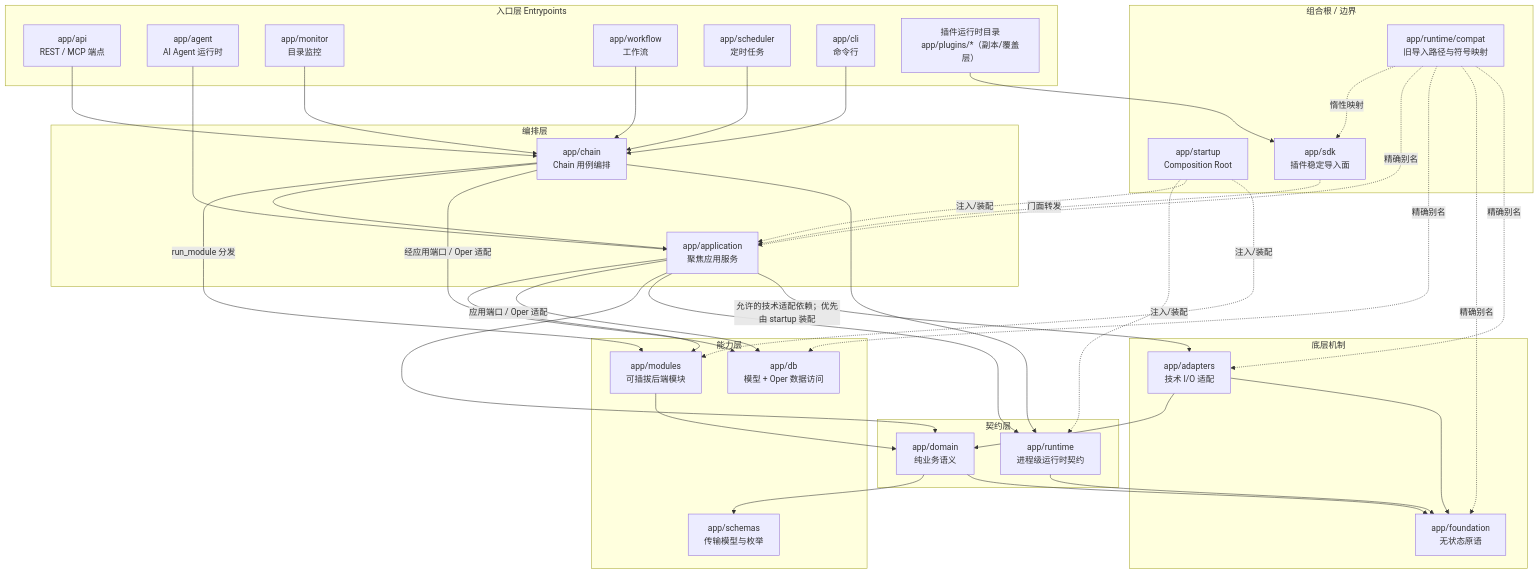
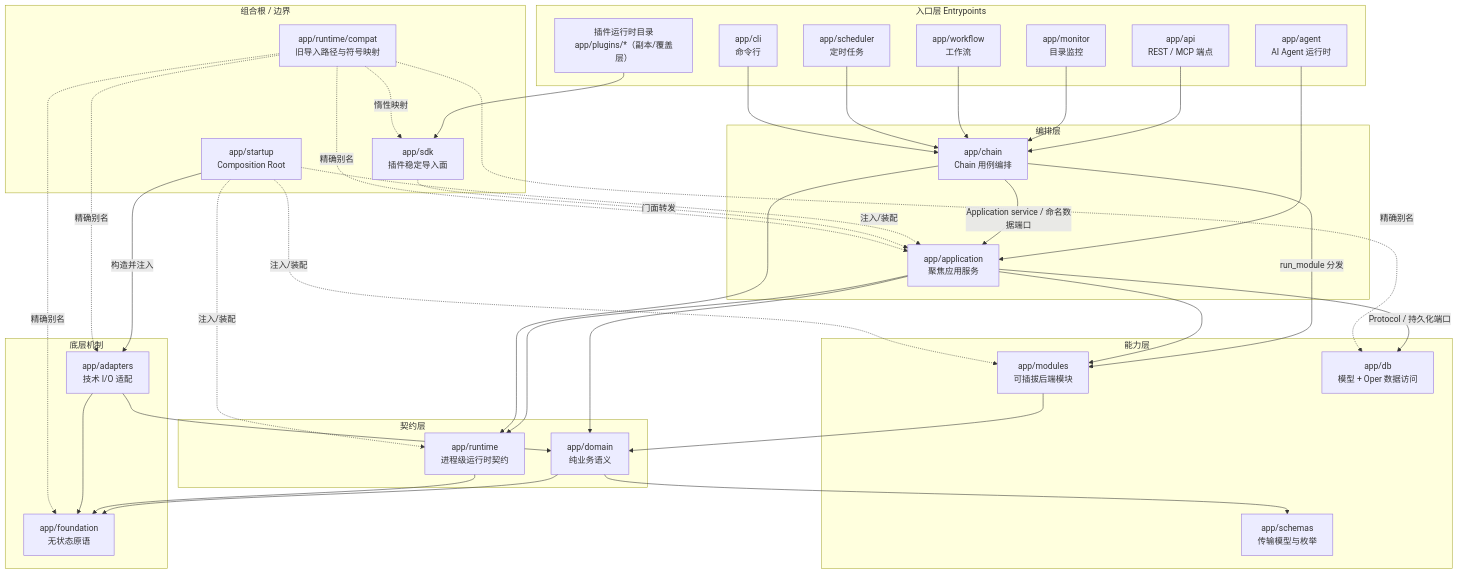
One commit to jxxghp/MoviePilot changed the second of 14 diagrams in docs/architecture-overview.md. Above: the diagram before and after it, drawn with Mermaid. The commit also changed other lines of this file and 5 other files, not shown here.

Commit message:
docs: sync architecture docs with current structure

````diff
--- a/docs/architecture-overview.md
+++ b/docs/architecture-overview.md
@@ -65,74 +65,73 @@
 ```mermaid
 flowchart TB
     subgraph 入口层["入口层 Entrypoints"]
         ApiPkg["app/api<br/>REST / MCP 端点"]
         AgentPkg["app/agent<br/>AI Agent 运行时"]
         Monitor["app/monitor<br/>目录监控"]
         Workflow["app/workflow<br/>工作流"]
         Scheduler["app/scheduler<br/>定时任务"]
         CLI["app/cli<br/>命令行"]
         PluginPkg["插件运行时目录<br/>app/plugins/*（副本/覆盖层）"]
     end
 
     subgraph 编排层["编排层"]
         Chain["app/chain<br/>Chain 用例编排"]
         App["app/application<br/>聚焦应用服务"]
     end
 
     subgraph 能力层["能力层"]
         Modules["app/modules<br/>可插拔后端模块"]
         Db["app/db<br/>模型 + Oper 数据访问"]
         Schemas["app/schemas<br/>传输模型与枚举"]
     end
 
     subgraph 契约层["契约层"]
         Domain["app/domain<br/>纯业务语义"]
         Runtime["app/runtime<br/>进程级运行时契约"]
     end
 
     subgraph 底层["底层机制"]
         Foundation["app/foundation<br/>无状态原语"]
         Adapters["app/adapters<br/>技术 I/O 适配"]
     end
 
     subgraph 组合根["组合根 / 边界"]
         Startup["app/startup<br/>Composition Root"]
         Sdk["app/sdk<br/>插件稳定导入面"]
         Compat["app/runtime/compat<br/>旧导入路径与符号映射"]
     end
 
     ApiPkg --> Chain
     AgentPkg --> App
     Monitor --> Chain
     Workflow --> Chain
     Scheduler --> Chain
     CLI --> Chain
     PluginPkg --> Sdk
 
     Chain -->|run_module 分发| Modules
-    Chain --> App
-    Chain -->|经应用端口 / Oper 适配| Db
+    Chain -->|Application service / 命名数据端口| App
     App --> Modules
-    App -->|应用端口 / Oper 适配| Db
+    App -->|Protocol / 持久化端口| Db
 
     Modules --> Domain
     App --> Domain
     App --> Runtime
     Chain --> Runtime
     Domain --> Schemas
     Domain --> Foundation
     Runtime --> Foundation
     Adapters --> Domain
     Adapters --> Foundation
-    App -->|允许的技术适配依赖；优先由 startup 装配| Adapters
+    Startup -->|构造并注入| Adapters
 
     Startup -.注入/装配.-> Runtime
     Startup -.注入/装配.-> App
     Startup -.注入/装配.-> Modules
     Sdk -.门面转发.-> App
     Compat -.惰性映射.-> Sdk
     Compat -.精确别名.-> App
     Compat -.精确别名.-> Db
     Compat -.精确别名.-> Foundation
     Compat -.精确别名.-> Adapters
 ```
````
